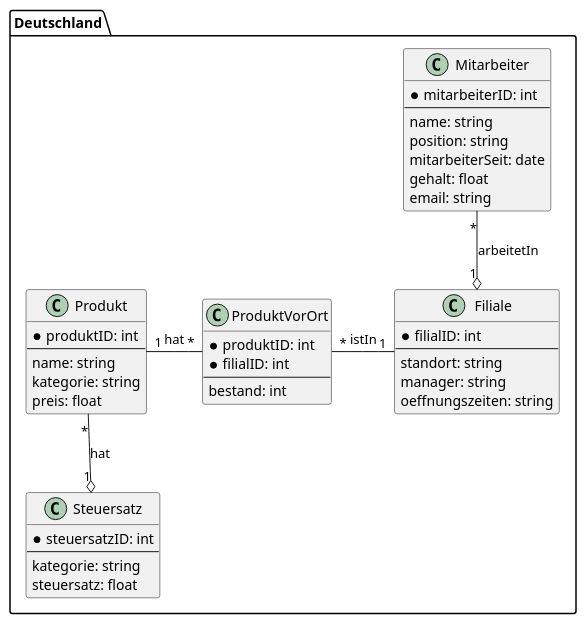
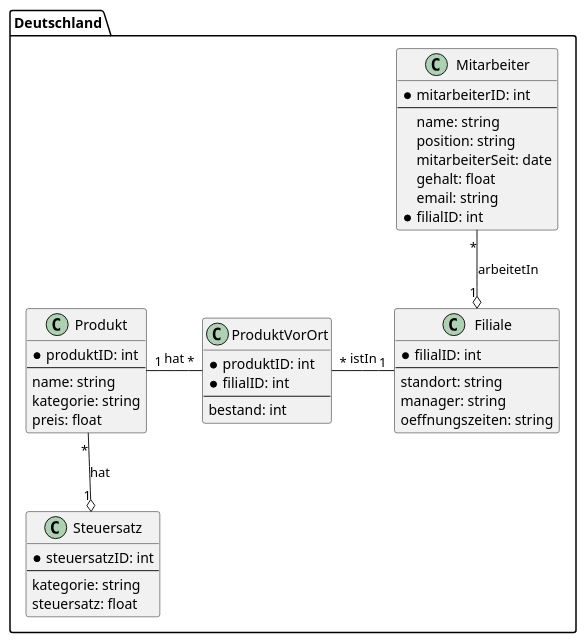
The diagram in Deutschland/Deutschland.plantuml (marius-a-mueller/avg-datenintegration), drawn with PlantUML before and after one commit.

Commit message:
Fremdschlüssel hinzugefügt

```diff
--- a/Deutschland/Deutschland.plantuml
+++ b/Deutschland/Deutschland.plantuml
@@ -1,50 +1,51 @@
 @startuml Deutschland
 package Deutschland {
     class Mitarbeiter {
         *mitarbeiterID: int
---
+        --
         name: string
         position: string
         mitarbeiterSeit: date
         gehalt: float
         email: string
+        *filialID: int
     }
     
     class Produkt {
         *produktID: int
---
+        --
         name: string
         kategorie: string
         preis: float
     }
     
     class Steuersatz {
         *steuersatzID: int
---
+        --
         kategorie: string
         steuersatz: float
     }
     
     class ProduktVorOrt {
         *produktID: int
         *filialID: int
---
+        --
         bestand: int
     }
     
     class Filiale {
         *filialID: int
---
+        --
         standort: string
         manager: string
         oeffnungszeiten: string
     }
 
 Produkt "1" -right- "*" ProduktVorOrt : hat
 Filiale "1" -left- "*" ProduktVorOrt : istIn
 Mitarbeiter "*" --o "1" Filiale : arbeitetIn
 Produkt "*" --o "1" Steuersatz : hat
 
 
 }
 @enduml
```
